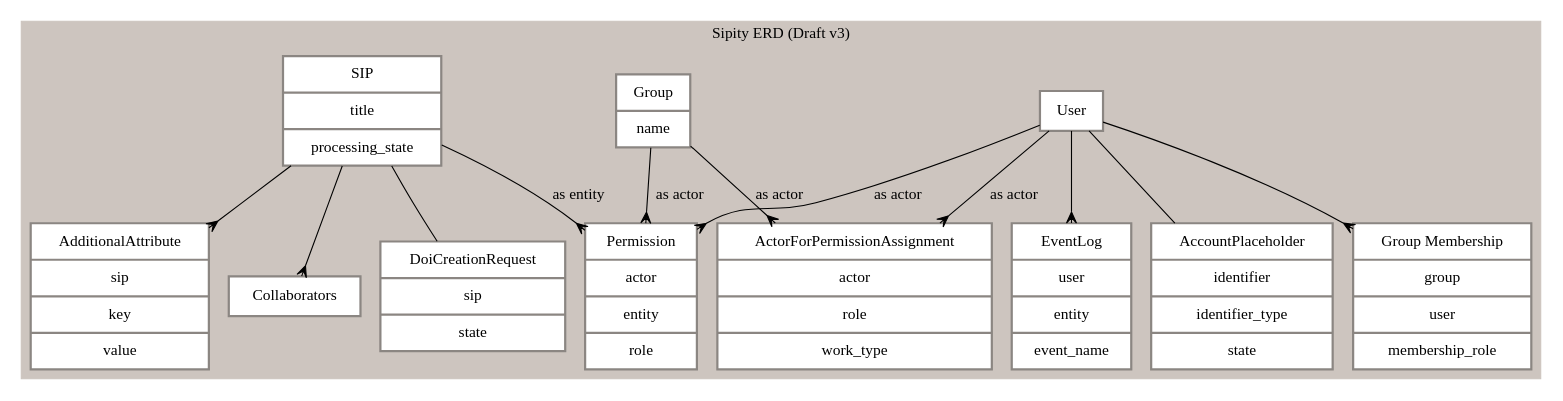
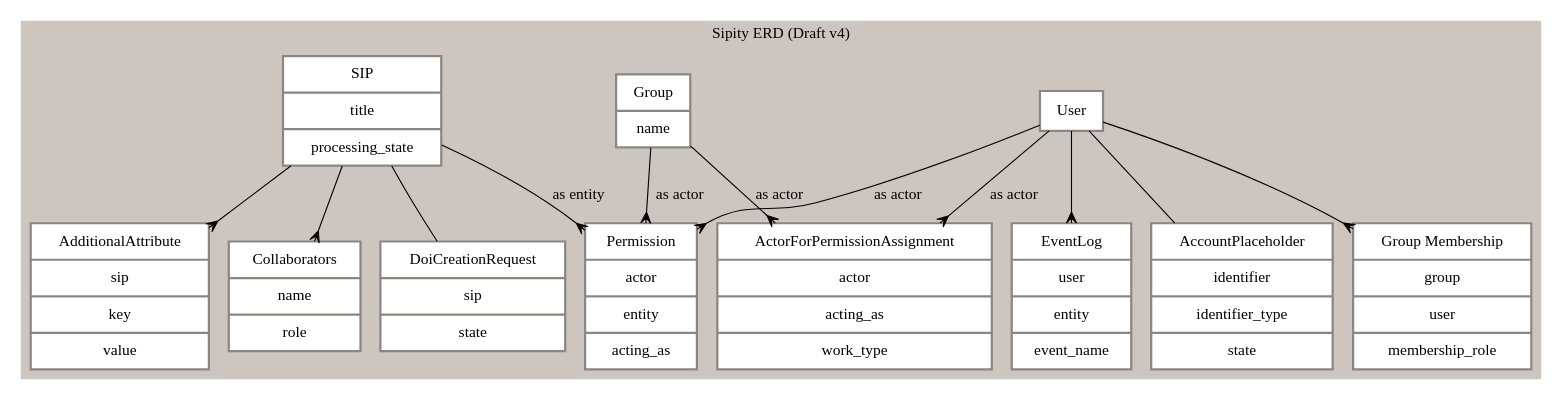
The diagram in artifacts/sipity-erd.dot (scholarworks/sipity), drawn with Graphviz before and after one commit. The commit also changed 1 other file, not shown here.

Commit message:
Updating ERD for Sipity and diagram
[skip ci]

```diff
--- a/artifacts/sipity-erd.dot
+++ b/artifacts/sipity-erd.dot
@@ -1,38 +1,38 @@
 digraph "G" {
     compound=true;
     node[color="grey15" shape=record penwidth=2 margin="0.15, 0.125"];
 
     subgraph cluster_0 {
-        label="Sipity ERD (Draft v3)"
+        label="Sipity ERD (Draft v4)"
         color="seashell3"
         style="filled"
         node[style=filled fillcolor=white color="seashell4"]
         edge[arrowhead="crow"]
 
         user[label="{ User }"]
         group_entity[label="{ Group | name }"]
         group_membership[label="{ Group Membership | group | user | membership_role }"]
         sip[label="{ SIP | title | processing_state }"]
         event_log[label="{ EventLog | user | entity | event_name }"]
-        permission[label="{ Permission | actor | entity | role }"]
-        collaborators[label="{ Collaborators }"]
+        permission[label="{ Permission | actor | entity | acting_as }"]
+        collaborators[label="{ Collaborators | name | role }"]
         account_placeholder[label="{ AccountPlaceholder | identifier | identifier_type | state }"]
         doi_creation_request[label="{ DoiCreationRequest | sip | state }"]
         additional_attributes[label="{ AdditionalAttribute | sip | key | value }"]
-        ActorForPermissionAssignment[label="{ ActorForPermissionAssignment | actor | role | work_type }"]
+        ActorForPermissionAssignment[label="{ ActorForPermissionAssignment | actor | acting_as | work_type }"]
 
         user -> group_membership
         group_entity -> ActorForPermissionAssignment[label="as actor"]
         user -> ActorForPermissionAssignment[label="as actor"]
 
         user -> permission[label="as actor"]
         group_entity -> permission[label="as actor"]
         sip -> permission[label="as entity"]
         user -> event_log
         sip -> collaborators
         sip -> additional_attributes
         sip -> doi_creation_request[arrowhead=none]
         user -> account_placeholder[arrowhead=none]
     }
 
 }
```
